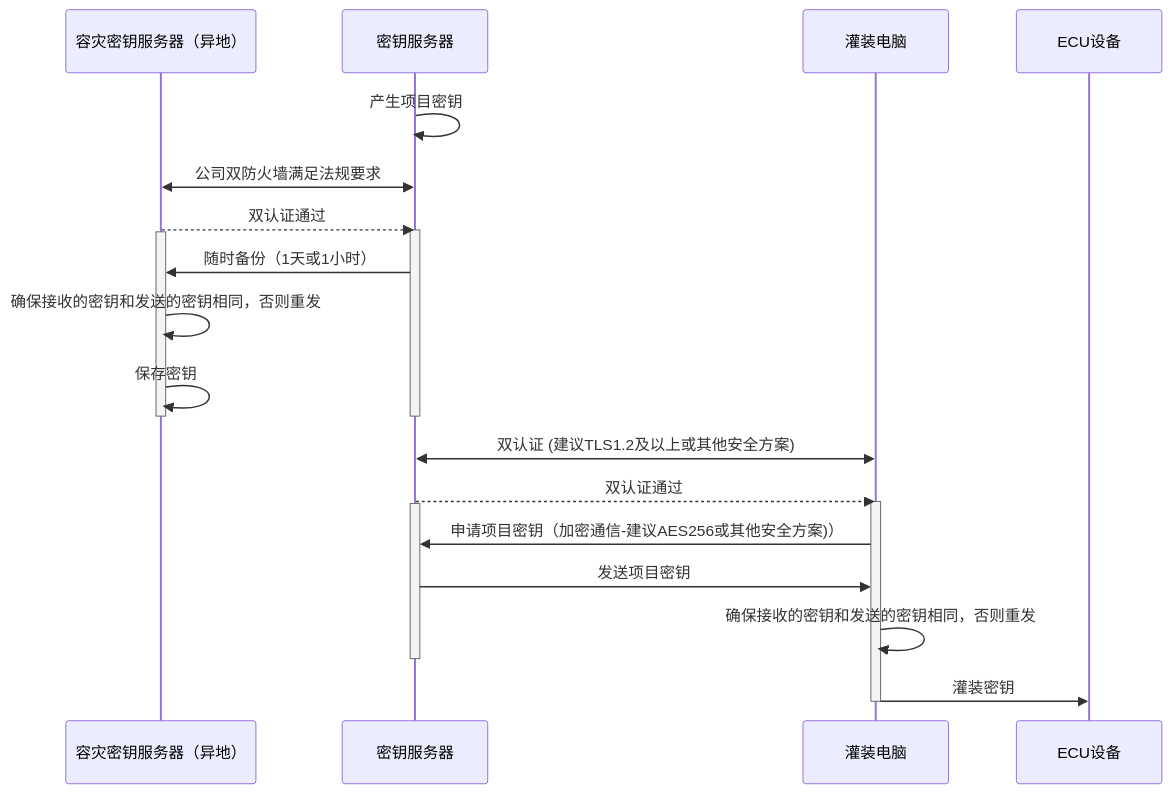
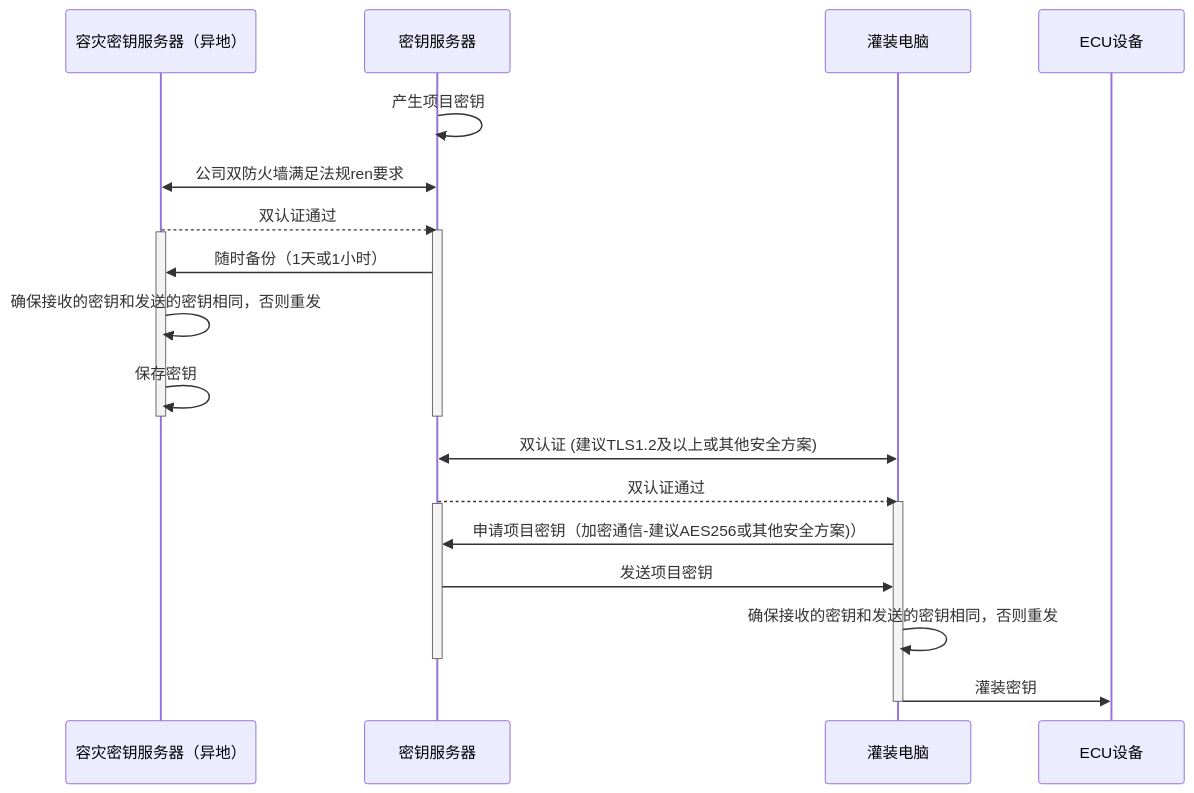
Before and after one commit to facebook-cloud/iodraw-files: the diagram in all/未命名-15.md, drawn with Mermaid.

Commit message:
2026-02-07 09:46:50 update

````diff
--- a/all/未命名-15.md
+++ b/all/未命名-15.md
@@ -1,32 +1,32 @@
 ```mermaid
 sequenceDiagram
     participant B as 容灾密钥服务器（异地）
     participant A as 密钥服务器
     participant C as 灌装电脑
     participant D as ECU设备
 
     A->>A: 产生项目密钥
-    A<<->>B: 公司双防火墙满足法规要求
+    A<<->>B: 公司双防火墙满足法规ren要求
     B-->>A: 双认证通过
     activate A
     activate B
     A->>B: 随时备份（1天或1小时）
 
     B->>B: 确保接收的密钥和发送的密钥相同，否则重发
     B->>B: 保存密钥
     deactivate B
     deactivate A
 
     C<<->>A: 双认证 (建议TLS1.2及以上或其他安全方案)
     A-->>C: 双认证通过
     activate C
     activate A
     C->>A: 申请项目密钥（加密通信-建议AES256或其他安全方案)）
     A->>C: 发送项目密钥
 
     C->>C: 确保接收的密钥和发送的密钥相同，否则重发
     deactivate A
     C->>D: 灌装密钥
     deactivate C
 
 ```
````
